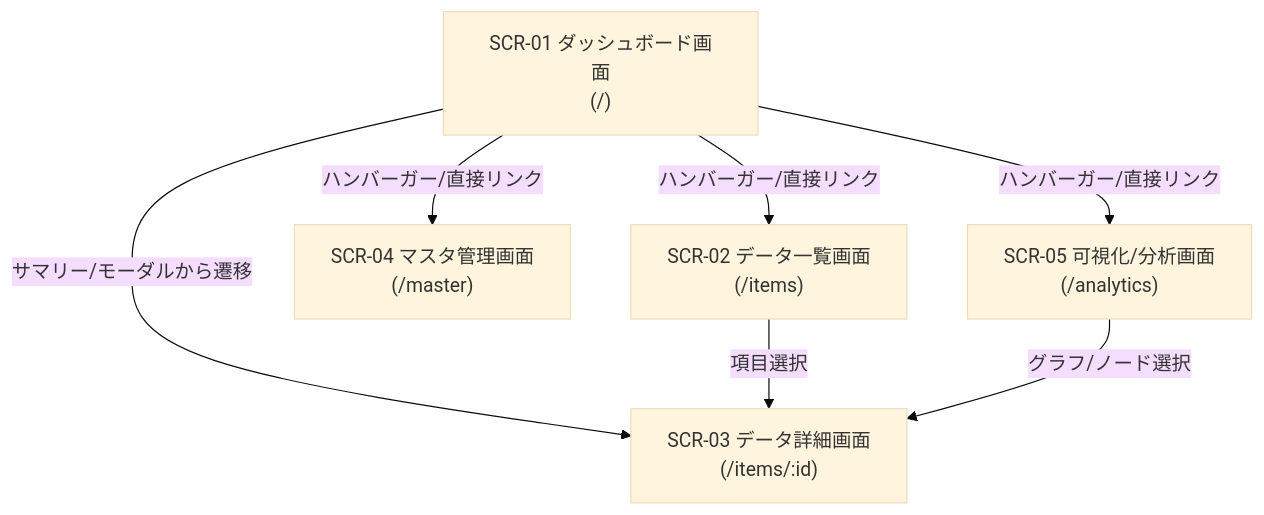
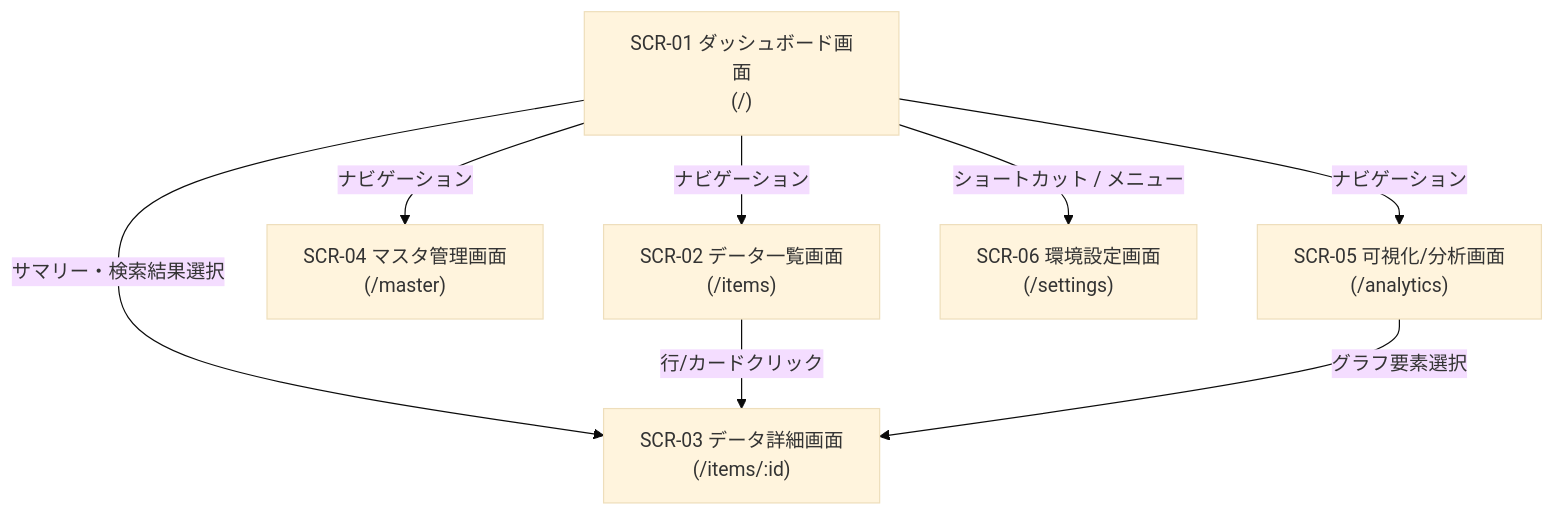
The diagram in .agents/plugins/system-dev-pipeline/templates/画面仕様書.md (LeoPanda/template), drawn with Mermaid (base theme) before and after one commit. The commit also changed other lines of this file and 206 other files, not shown here.

````diff
--- a/.agents/plugins/system-dev-pipeline/templates/画面仕様書.md
+++ b/.agents/plugins/system-dev-pipeline/templates/画面仕様書.md
@@ -27,16 +69,18 @@
 ```mermaid
 flowchart TD
     Dashboard["SCR-01 ダッシュボード画面<br/>(/)"]
     ItemList["SCR-02 データ一覧画面<br/>(/items)"]
     ItemDetail["SCR-03 データ詳細画面<br/>(/items/:id)"]
     MasterMgmt["SCR-04 マスタ管理画面<br/>(/master)"]
     Analytics["SCR-05 可視化/分析画面<br/>(/analytics)"]
+    Settings["SCR-06 環境設定画面<br/>(/settings)"]
 
-    Dashboard -->|ハンバーガー/直接リンク| ItemList
-    Dashboard -->|ハンバーガー/直接リンク| MasterMgmt
-    Dashboard -->|ハンバーガー/直接リンク| Analytics
+    Dashboard -->|ナビゲーション| ItemList
+    Dashboard -->|ナビゲーション| MasterMgmt
+    Dashboard -->|ナビゲーション| Analytics
+    Dashboard -->|ショートカット / メニュー| Settings
 
-    Dashboard -->|サマリー/モーダルから遷移| ItemDetail
-    ItemList -->|項目選択| ItemDetail
-    Analytics -->|グラフ/ノード選択| ItemDetail
+    Dashboard -->|サマリー・検索結果選択| ItemDetail
+    ItemList -->|行/カードクリック| ItemDetail
+    Analytics -->|グラフ要素選択| ItemDetail
 ```
````
